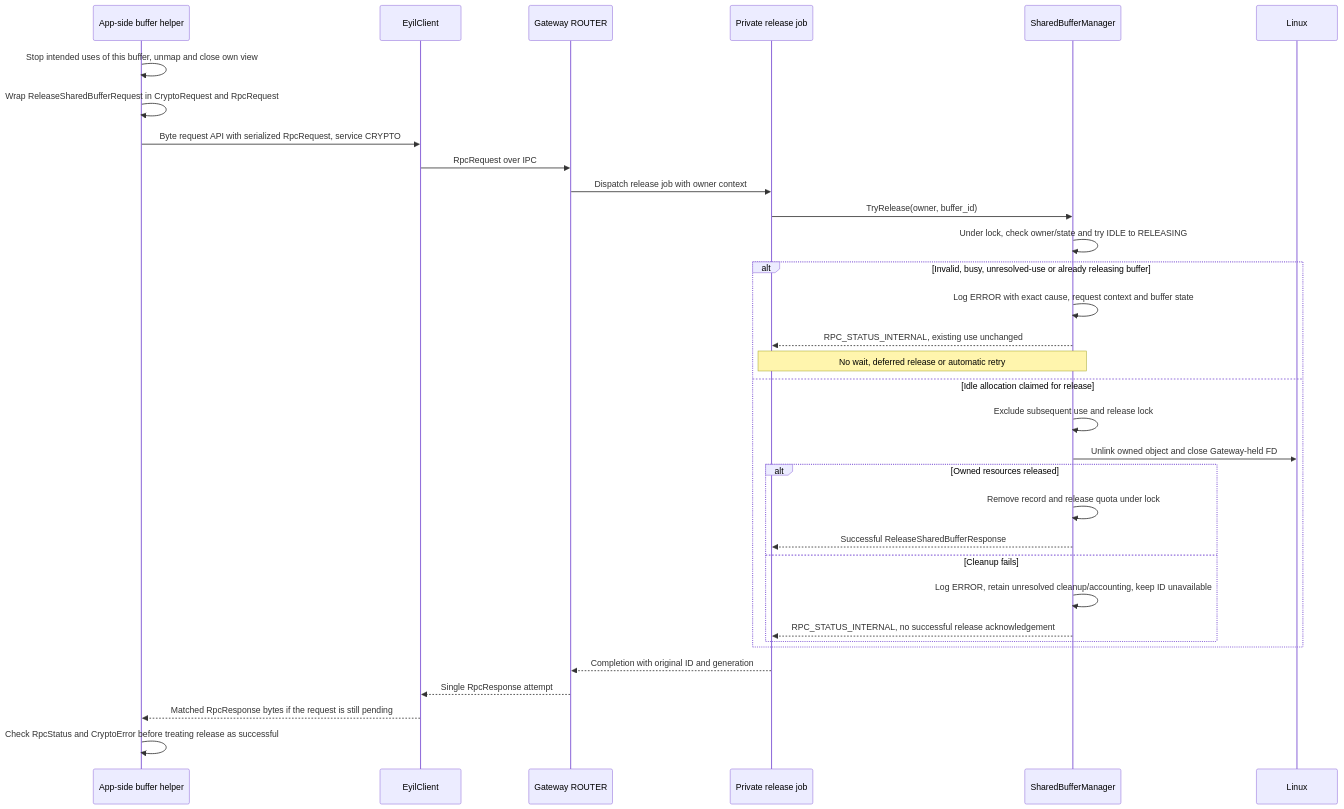
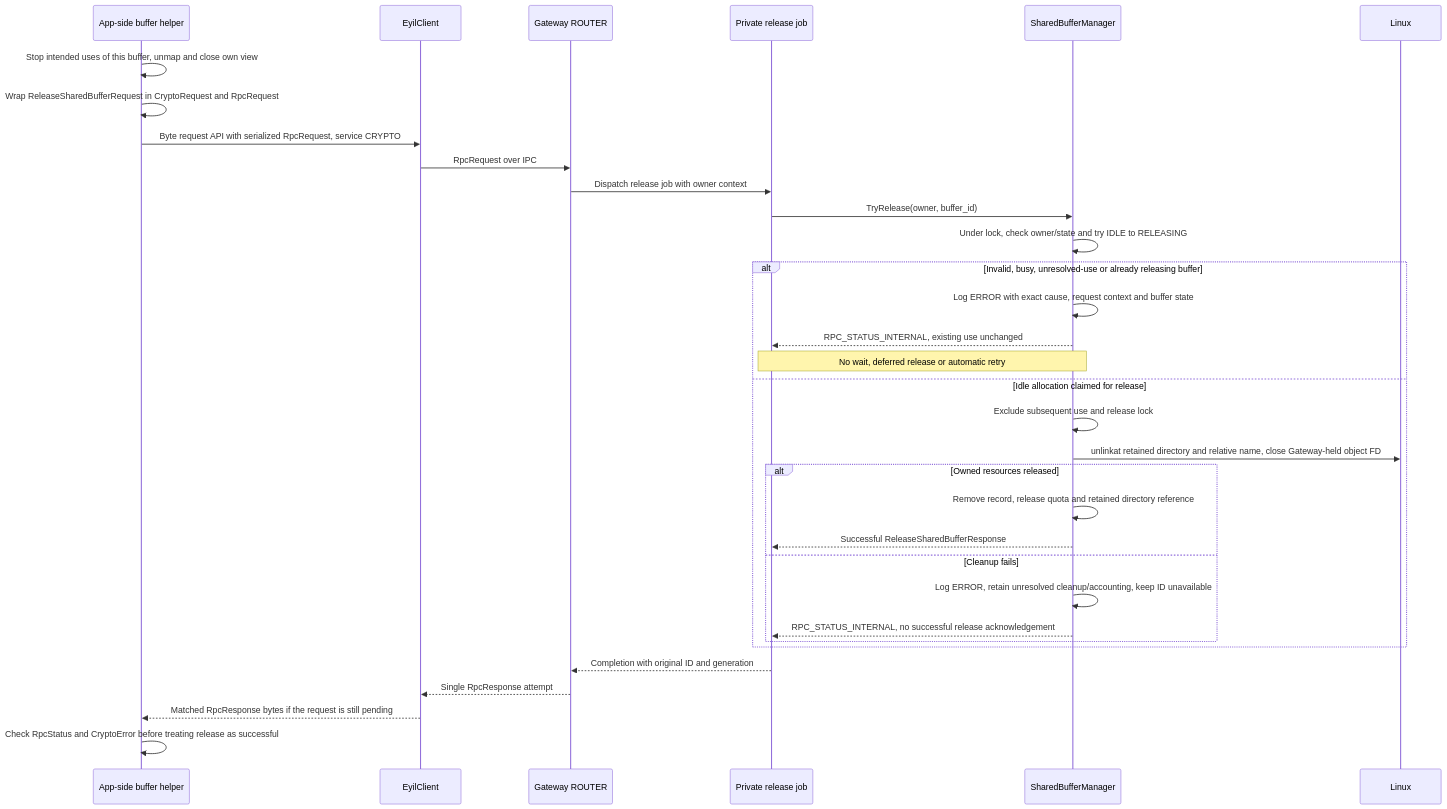
One commit to rdkcentral/eyil-secure-gateway changed diagram 27 of 36 in doc/EyilSecureGateway.md. Above: the diagram before and after it, drawn with Mermaid. The commit also changed other lines of this file, not shown here.

````diff
--- a/doc/EyilSecureGateway.md
+++ b/doc/EyilSecureGateway.md
@@ -3802,35 +3838,35 @@
 ```mermaid
 sequenceDiagram
     participant A as App-side buffer helper
     participant L as EyilClient
     participant R as Gateway ROUTER
     participant J as Private release job
     participant B as SharedBufferManager
     participant K as Linux
     A->>A: Stop intended uses of this buffer, unmap and close own view
     A->>A: Wrap ReleaseSharedBufferRequest in CryptoRequest and RpcRequest
     A->>L: Byte request API with serialized RpcRequest, service CRYPTO
     L->>R: RpcRequest over IPC
     R->>J: Dispatch release job with owner context
     J->>B: TryRelease(owner, buffer_id)
     B->>B: Under lock, check owner/state and try IDLE to RELEASING
     alt Invalid, busy, unresolved-use or already releasing buffer
         B->>B: Log ERROR with exact cause, request context and buffer state
         B-->>J: RPC_STATUS_INTERNAL, existing use unchanged
         Note over J,B: No wait, deferred release or automatic retry
     else Idle allocation claimed for release
         B->>B: Exclude subsequent use and release lock
-        B->>K: Unlink owned object and close Gateway-held FD
+        B->>K: unlinkat retained directory and relative name, close Gateway-held object FD
         alt Owned resources released
-            B->>B: Remove record and release quota under lock
+            B->>B: Remove record, release quota and retained directory reference
             B-->>J: Successful ReleaseSharedBufferResponse
         else Cleanup fails
             B->>B: Log ERROR, retain unresolved cleanup/accounting, keep ID unavailable
             B-->>J: RPC_STATUS_INTERNAL, no successful release acknowledgement
         end
     end
     J-->>R: Completion with original ID and generation
     R-->>L: Single RpcResponse attempt
     L-->>A: Matched RpcResponse bytes if the request is still pending
     A->>A: Check RpcStatus and CryptoError before treating release as successful
 ```
````
